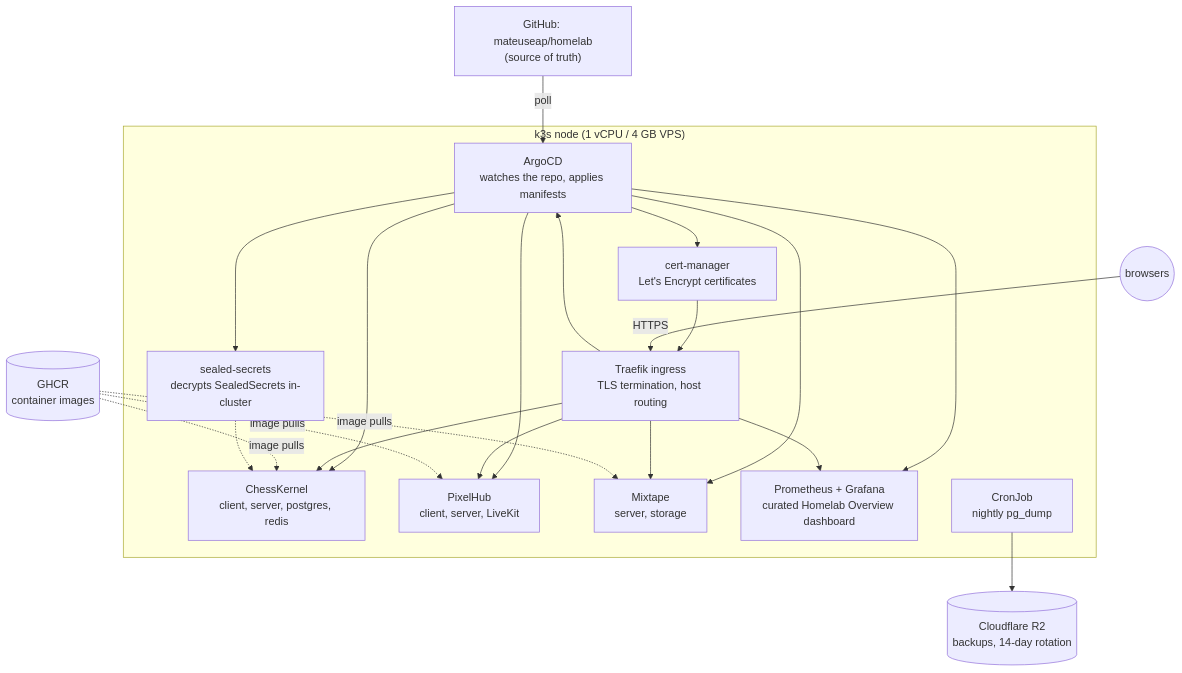
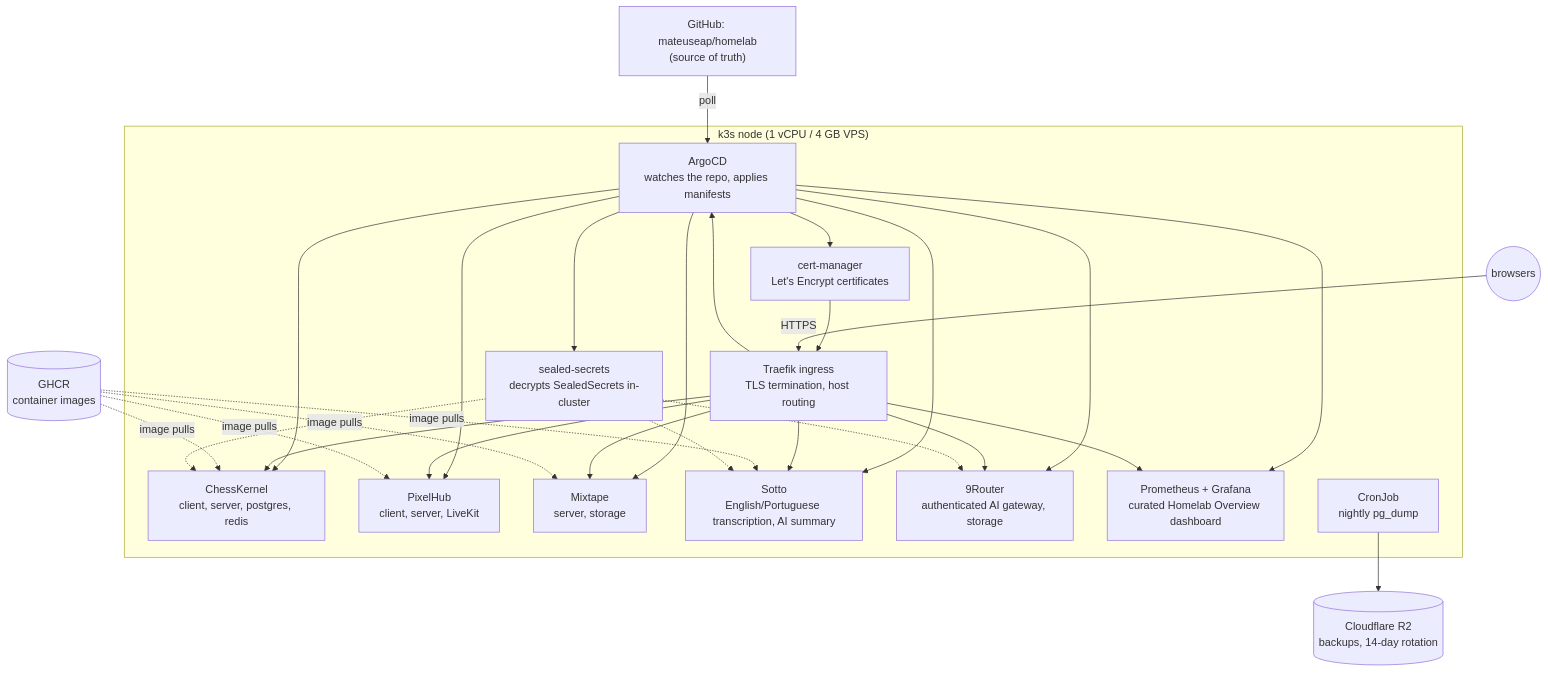
The first of 3 diagrams in README.md (mateuseap/homelab), drawn with Mermaid before and after one commit. The commit also changed other lines of this file and 5 other files, not shown here.

````diff
--- a/README.md
+++ b/README.md
@@ -45,38 +53,47 @@
 ```mermaid
 flowchart TB
     gh["GitHub: mateuseap/homelab<br/>(source of truth)"]
     subgraph node["k3s node (1 vCPU / 4 GB VPS)"]
         argo["ArgoCD<br/>watches the repo, applies manifests"]
         traefik["Traefik ingress<br/>TLS termination, host routing"]
         cm["cert-manager<br/>Let's Encrypt certificates"]
         seal["sealed-secrets<br/>decrypts SealedSecrets in-cluster"]
         chess["ChessKernel<br/>client, server, postgres, redis"]
         pixel["PixelHub<br/>client, server, LiveKit"]
         mix["Mixtape<br/>server, storage"]
+        sotto["Sotto<br/>English/Portuguese transcription, AI summary"]
+        router["9Router<br/>authenticated AI gateway, storage"]
         mon["Prometheus + Grafana<br/>curated Homelab Overview dashboard"]
         cron["CronJob<br/>nightly pg_dump"]
     end
     r2[("Cloudflare R2<br/>backups, 14-day rotation")]
     ghcr[("GHCR<br/>container images")]
     users(("browsers"))
 
     gh -->|poll| argo
     argo --> chess
     argo --> pixel
     argo --> mix
+    argo --> sotto
+    argo --> router
     argo --> mon
     argo --> seal
     argo --> cm
     cm --> traefik
     users -->|HTTPS| traefik
     traefik --> chess
     traefik --> pixel
     traefik --> mix
+    traefik --> sotto
+    traefik --> router
     traefik --> argo
     traefik --> mon
     ghcr -.->|image pulls| chess
     ghcr -.->|image pulls| pixel
     ghcr -.->|image pulls| mix
+    ghcr -.->|image pulls| sotto
     cron --> r2
     seal -.-> chess
+    seal -.-> sotto
+    seal -.-> router
 ```
````
